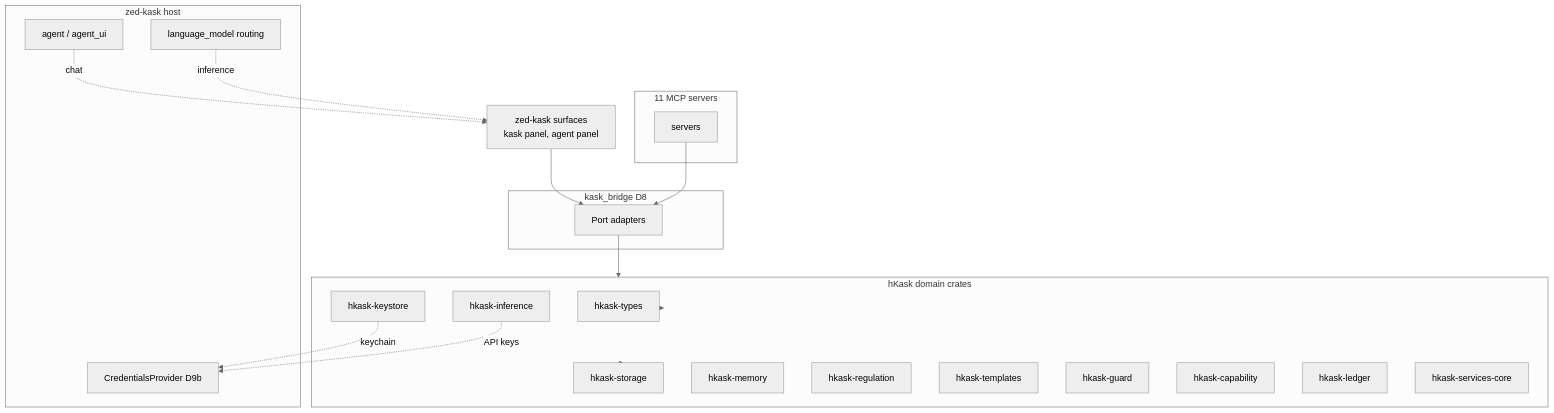
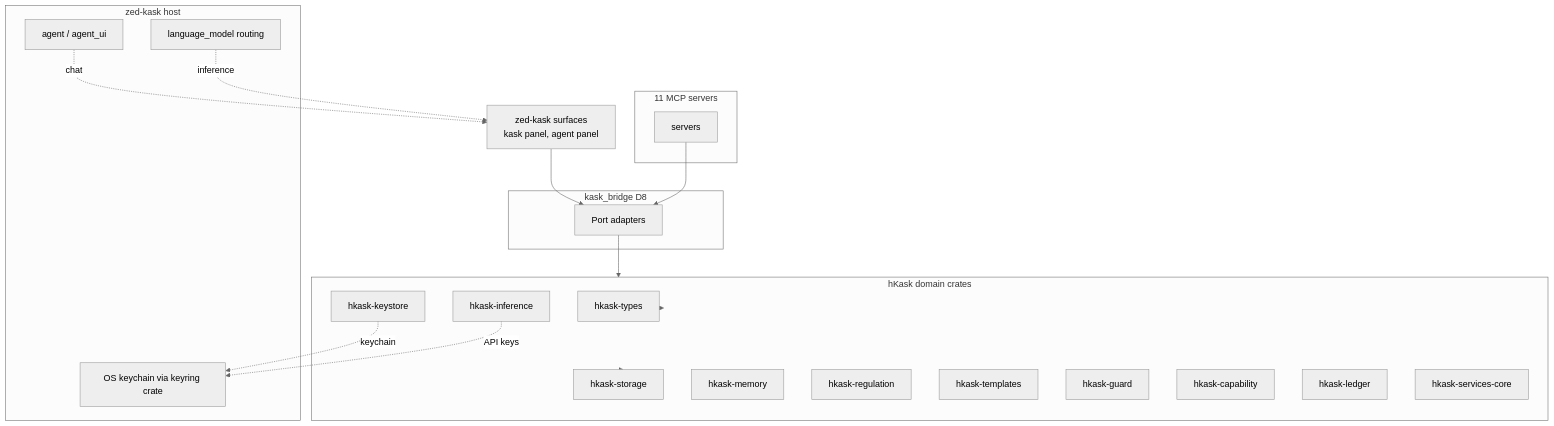
One commit to mdz-axo/zed-kask changed the diagram in kask/docs/architecture/core/MDS.md. Above: the diagram before and after it, drawn with Mermaid (neutral theme). The commit also changed other lines of this file and 32 other files, not shown here.

````diff
--- a/kask/docs/architecture/core/MDS.md
+++ b/kask/docs/architecture/core/MDS.md
@@ -610,38 +609,38 @@
 ```mermaid
 graph TD
     ZEDSURF["zed-kask surfaces<br/>kask panel, agent panel"]
     subgraph BRIDGE["kask_bridge D8"]
         ADAPT["Port adapters"]
     end
     subgraph MCP["11 MCP servers"]
         MSRV[servers]
     end
     subgraph HKASK["hKask domain crates"]
         TYPES[hkask-types]
         STORE[hkask-storage]
         MEM[hkask-memory]
         REG[hkask-regulation]
         TEMPLATES[hkask-templates]
         GUARD[hkask-guard]
         CAP[hkask-capability]
         KS[hkask-keystore]
         LEDGER[hkask-ledger]
         INF[hkask-inference]
         SVCCORE[hkask-services-core]
     end
     subgraph ZED["zed-kask host"]
-        CRED[CredentialsProvider D9b]
+        CRED[OS keychain via keyring crate]
         LM[language_model routing]
         AGENT[agent / agent_ui]
     end
 
     ZEDSURF --> ADAPT
     MSRV --> ADAPT
     ADAPT --> HKASK
     KS -.->|keychain| CRED
     INF -.->|API keys| CRED
     HKASK --> TYPES
     HKASK --> STORE
     AGENT -.->|chat| ZEDSURF
     LM -.->|inference| ZEDSURF
 ```
````
